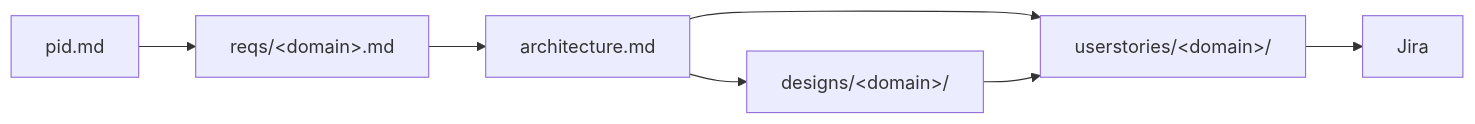
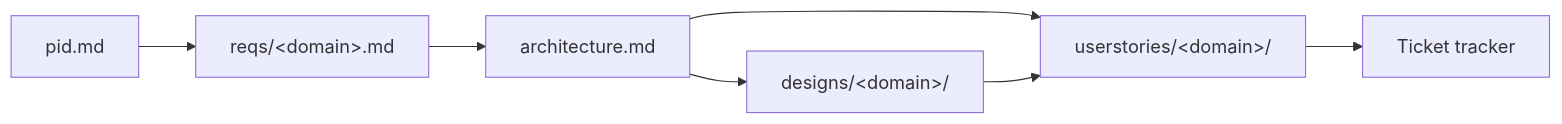
One commit to velladaniel/Sdlc.Planner changed the diagram in content/seed/docs/project-overview.md. Above: the diagram before and after it, drawn with Mermaid. The commit also changed other lines of this file and 21 other files, not shown here.

First line of the commit message:
feat: Introduce ticket-sync agent for Jira and Kaneo integration

````diff
--- a/content/seed/docs/project-overview.md
+++ b/content/seed/docs/project-overview.md
@@ -15,9 +15,9 @@
 ```mermaid
 flowchart LR
     PID[pid.md] --> REQ[reqs/&lt;domain&gt;.md]
     REQ --> ARCH[architecture.md]
     ARCH --> DES[designs/&lt;domain&gt;/]
     ARCH --> STORY[userstories/&lt;domain&gt;/]
     DES --> STORY
-    STORY --> JIRA[Jira]
+    STORY --> TRACKER[Ticket tracker]
 ```
````
